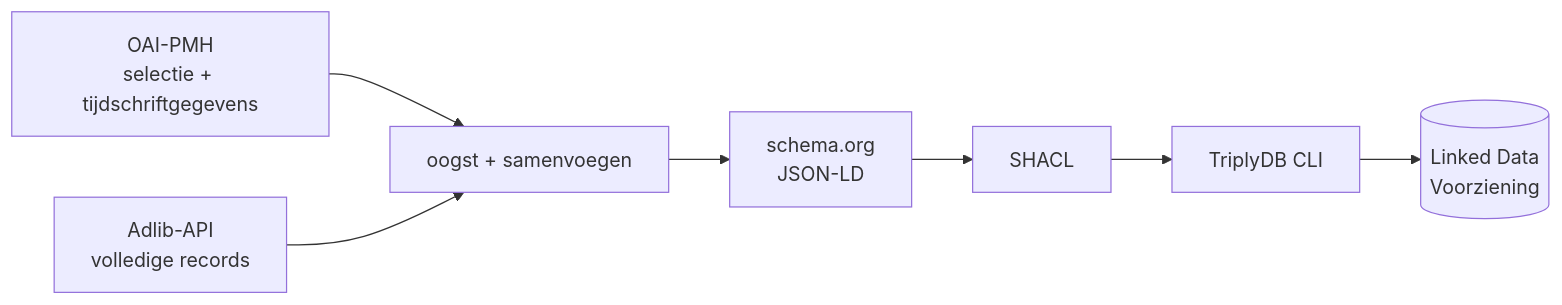
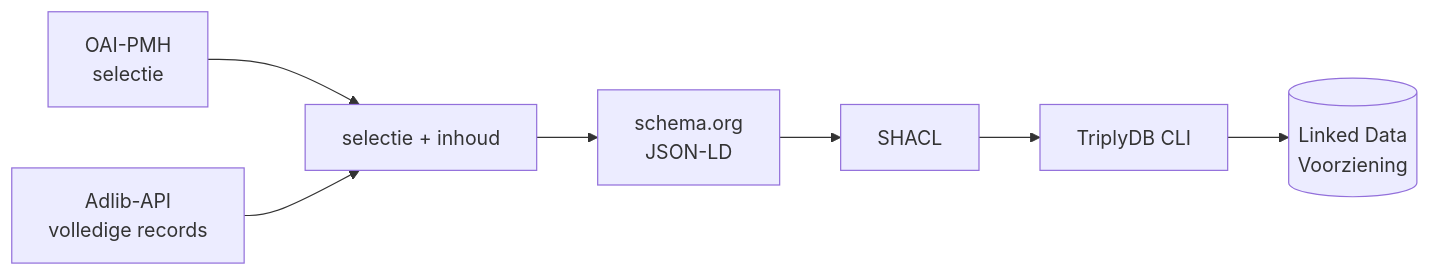
The diagram in README.md (jolietjakeblues/bibliotheek), drawn with Mermaid before and after one commit. The commit also changed other lines of this file and 21 other files, not shown here.

````diff
--- a/README.md
+++ b/README.md
@@ -16,6 +16,6 @@
 ```mermaid
 flowchart LR
-    OAI["OAI-PMH<br/>selectie + tijdschriftgegevens"] --> H
+    OAI["OAI-PMH<br/>selectie"] --> H
     API["Adlib-API<br/>volledige records"] --> H
-    H["oogst + samenvoegen"] --> T["schema.org<br/>JSON-LD"] --> V["SHACL"] --> P["TriplyDB CLI"] --> LDV[("Linked Data<br/>Voorziening")]
+    H["selectie + inhoud"] --> T["schema.org<br/>JSON-LD"] --> V["SHACL"] --> P["TriplyDB CLI"] --> LDV[("Linked Data<br/>Voorziening")]
 ```
````
